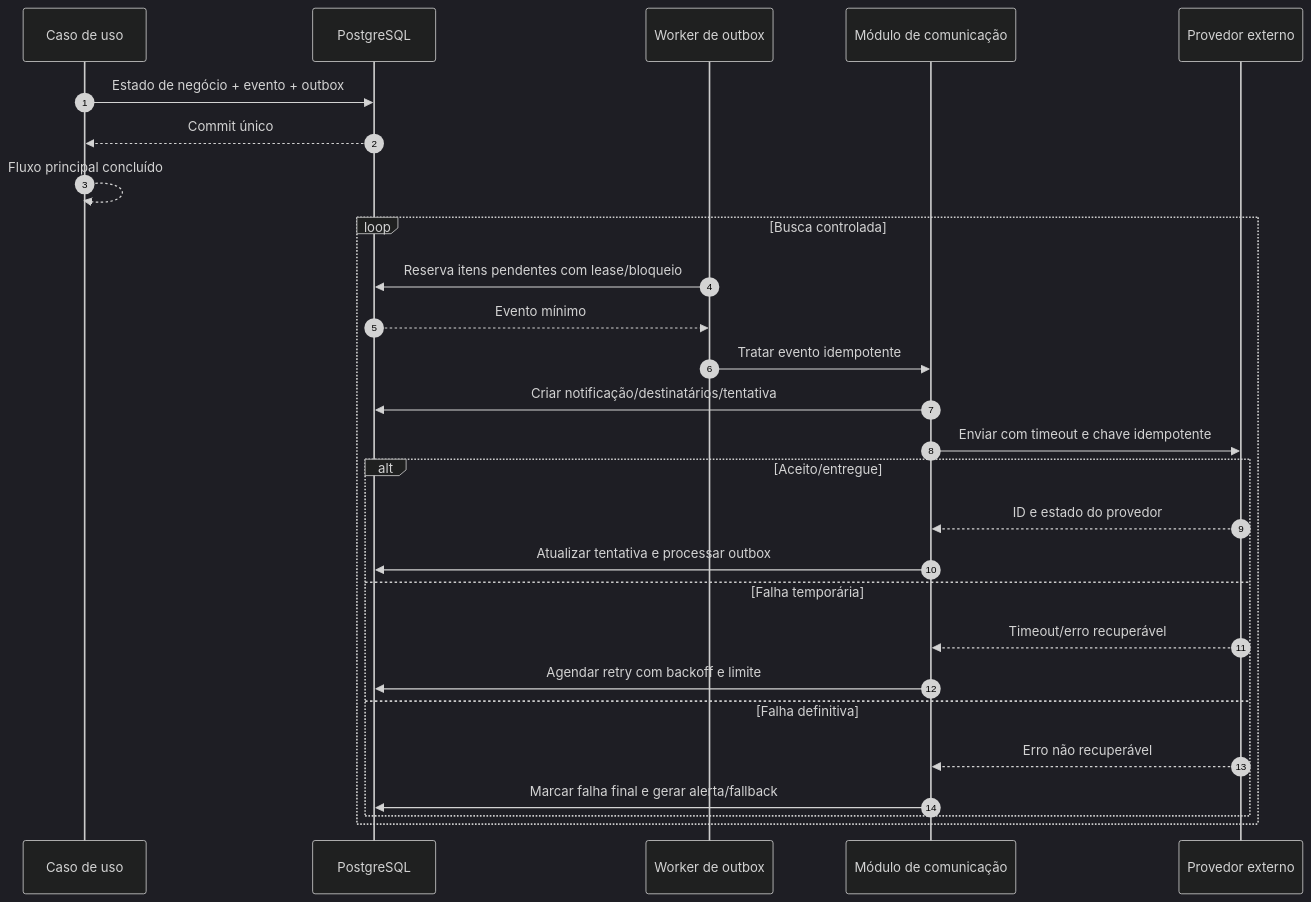
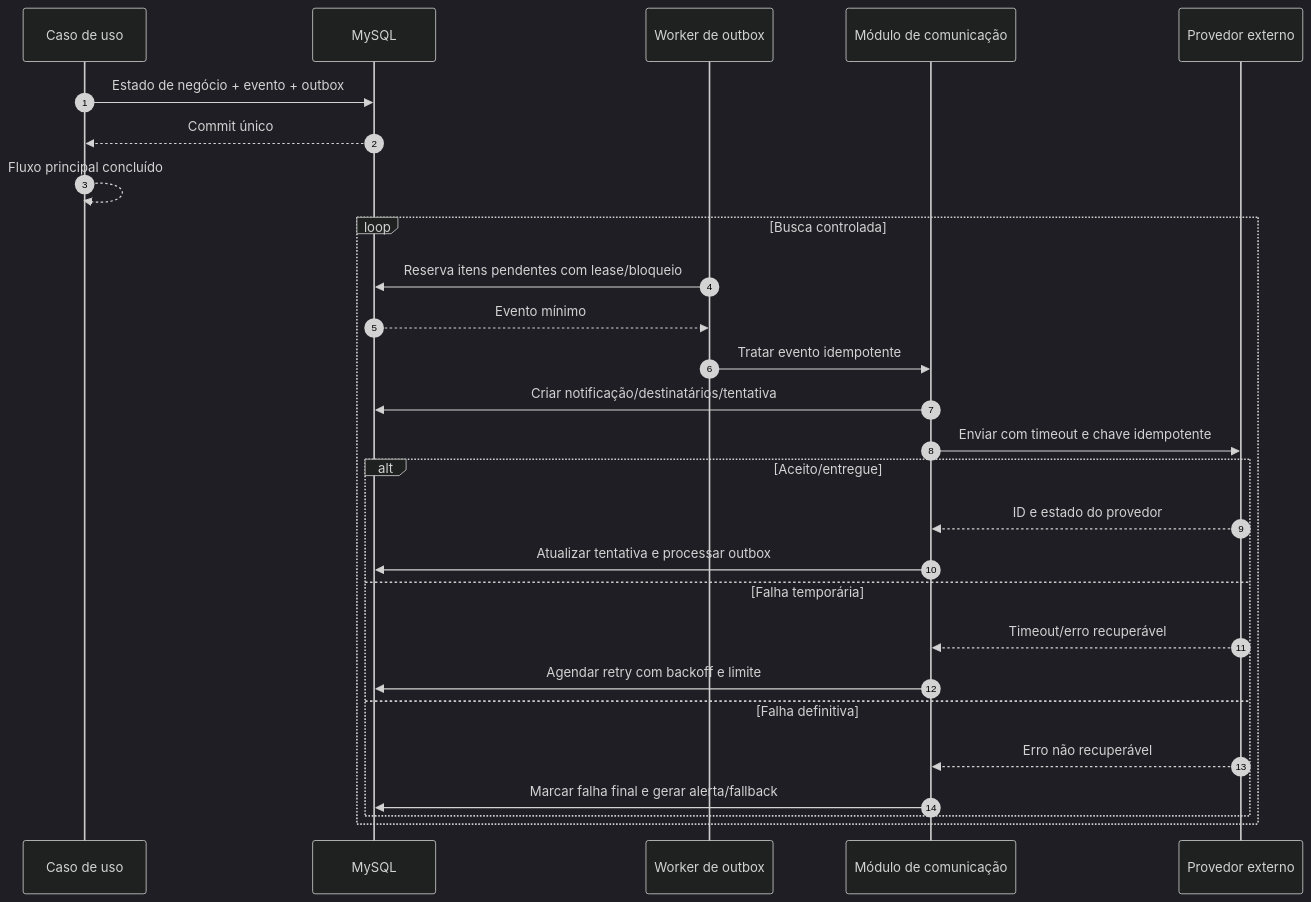
The sixth of 9 diagrams in docs/ARQUITETURA.md (HeitorLeite/SIDESP), drawn with Mermaid (dark theme) before and after one commit. The commit also changed other lines of this file and 8 other files, not shown here.

````diff
--- a/docs/ARQUITETURA.md
+++ b/docs/ARQUITETURA.md
@@ -480,30 +524,30 @@
 ```mermaid
 sequenceDiagram
     autonumber
     participant A as Caso de uso
-    participant DB as PostgreSQL
+    participant DB as MySQL
     participant W as Worker de outbox
     participant N as Módulo de comunicação
     participant X as Provedor externo
 
     A->>DB: Estado de negócio + evento + outbox
     DB-->>A: Commit único
     A-->>A: Fluxo principal concluído
     loop Busca controlada
         W->>DB: Reserva itens pendentes com lease/bloqueio
         DB-->>W: Evento mínimo
         W->>N: Tratar evento idempotente
         N->>DB: Criar notificação/destinatários/tentativa
         N->>X: Enviar com timeout e chave idempotente
         alt Aceito/entregue
             X-->>N: ID e estado do provedor
             N->>DB: Atualizar tentativa e processar outbox
         else Falha temporária
             X-->>N: Timeout/erro recuperável
             N->>DB: Agendar retry com backoff e limite
         else Falha definitiva
             X-->>N: Erro não recuperável
             N->>DB: Marcar falha final e gerar alerta/fallback
         end
     end
 ```
````
